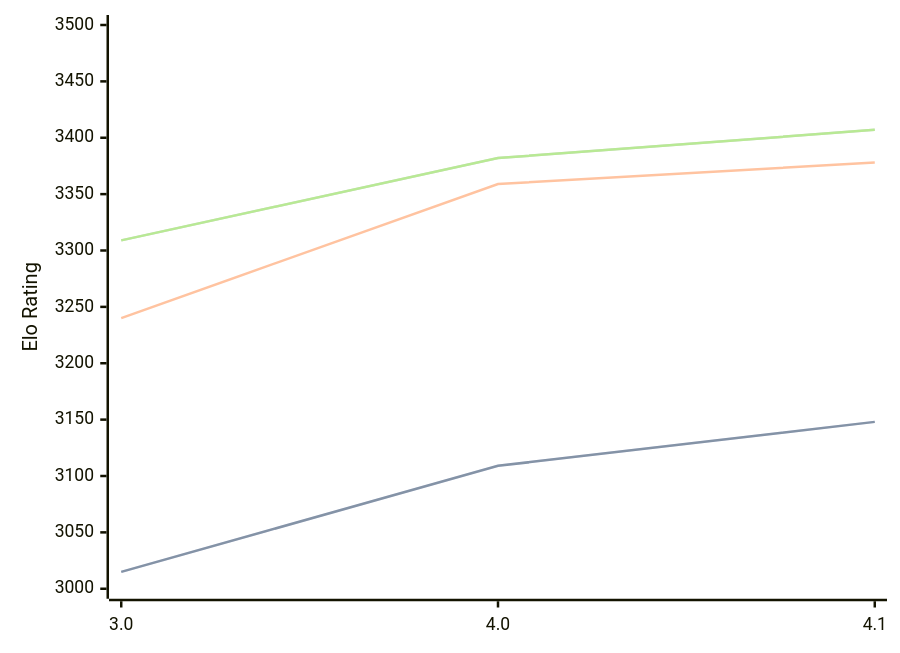
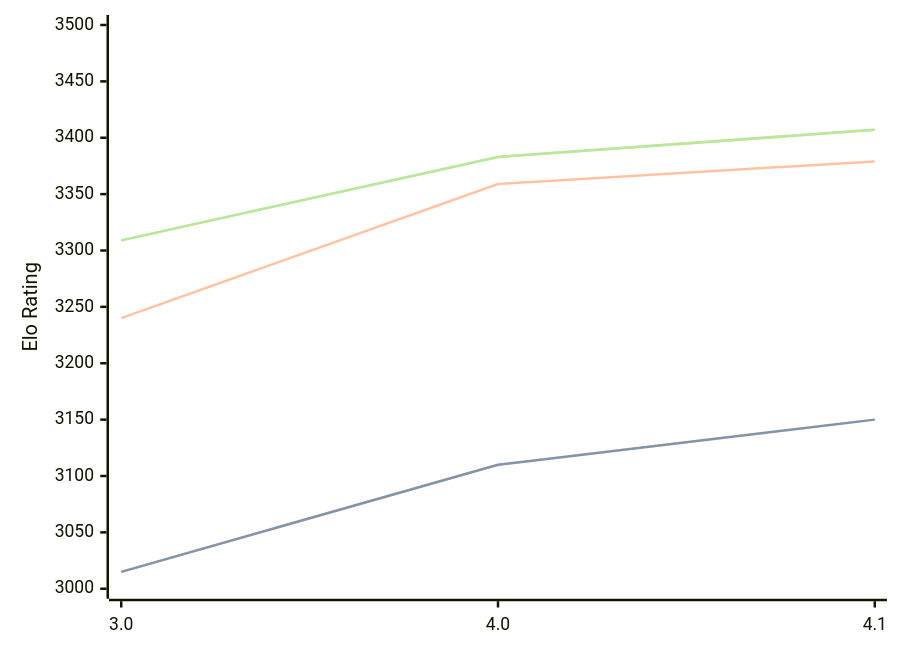
Before and after one commit to computer-chess-index/cci: the diagram in engines/Eleanor.md, drawn with Mermaid. The commit also changed other lines of this file, not shown here.

Commit message:
Update CCI Ratings (ELO VLTC) - 2026-07-19

````diff
--- a/engines/Eleanor.md
+++ b/engines/Eleanor.md
@@ -35,11 +35,11 @@
 ```mermaid
 %%{init: {"theme":"base","themeVariables":{"seriesColors:['#a3a3a3','#222221','#faa371']}}}%%
 xychart-beta
   x-axis ["3.0", "4.0", "4.1"]
   y-axis "Elo Rating" 3000 --> 3500
-  line "STC (8.0+0.08s)" [3015, 3109, 3148]
-  line "STC (8.0+0.08s)" [3015, 3109, 3148]
-  line "LTC (60.0+0.60s)" [3240, 3359, 3378]
-  line "VLTC (2m24s+1.12s)" [3309, 3382, 3407]
-  line "VLTC (2m24s+1.12s)" [3309, 3382, 3407]
+  line "STC (8.0+0.08s)" [3015, 3110, 3150]
+  line "STC (8.0+0.08s)" [3015, 3110, 3150]
+  line "LTC (60.0+0.60s)" [3240, 3359, 3379]
+  line "VLTC (2m24s+1.12s)" [3309, 3383, 3407]
+  line "VLTC (2m24s+1.12s)" [3309, 3383, 3407]
 ```
````
